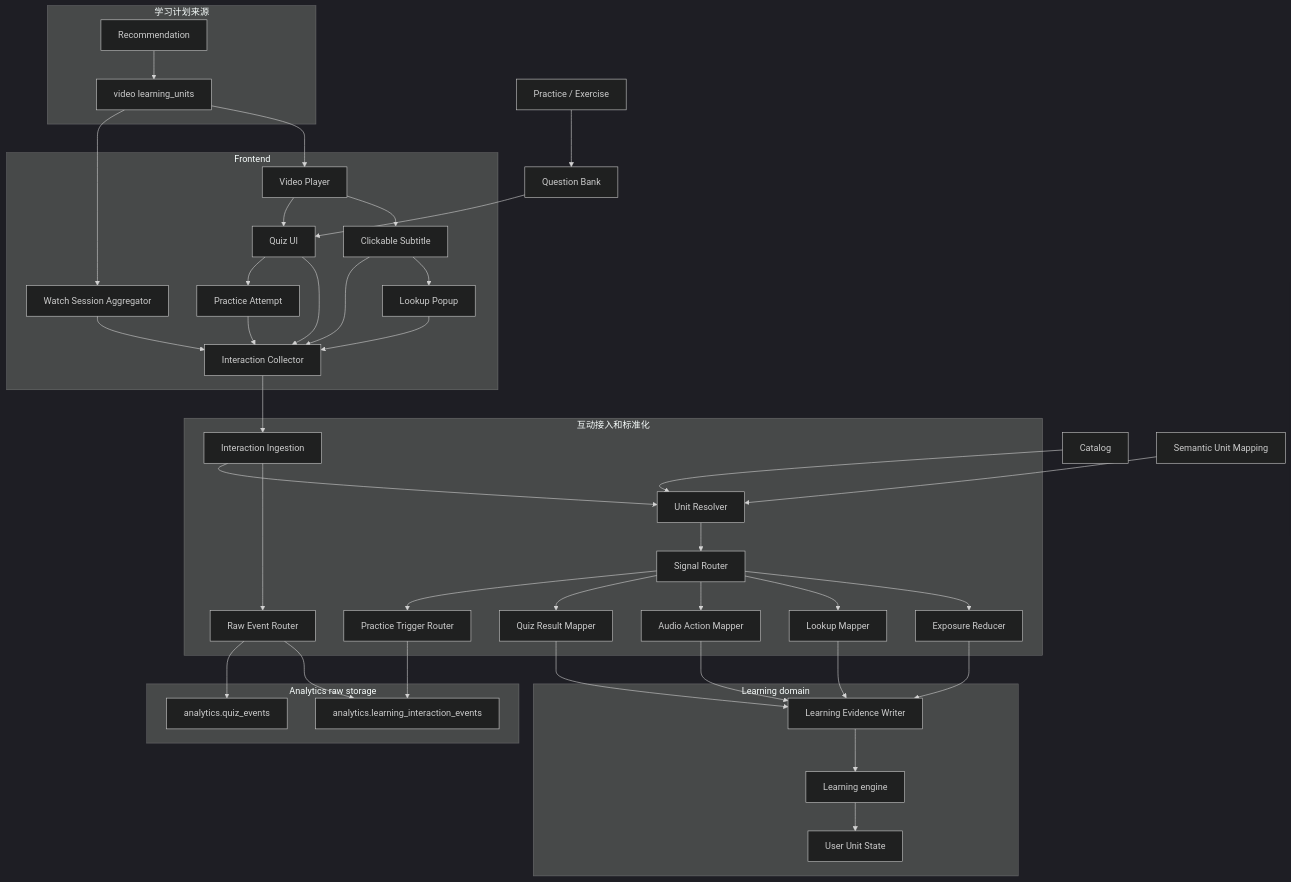
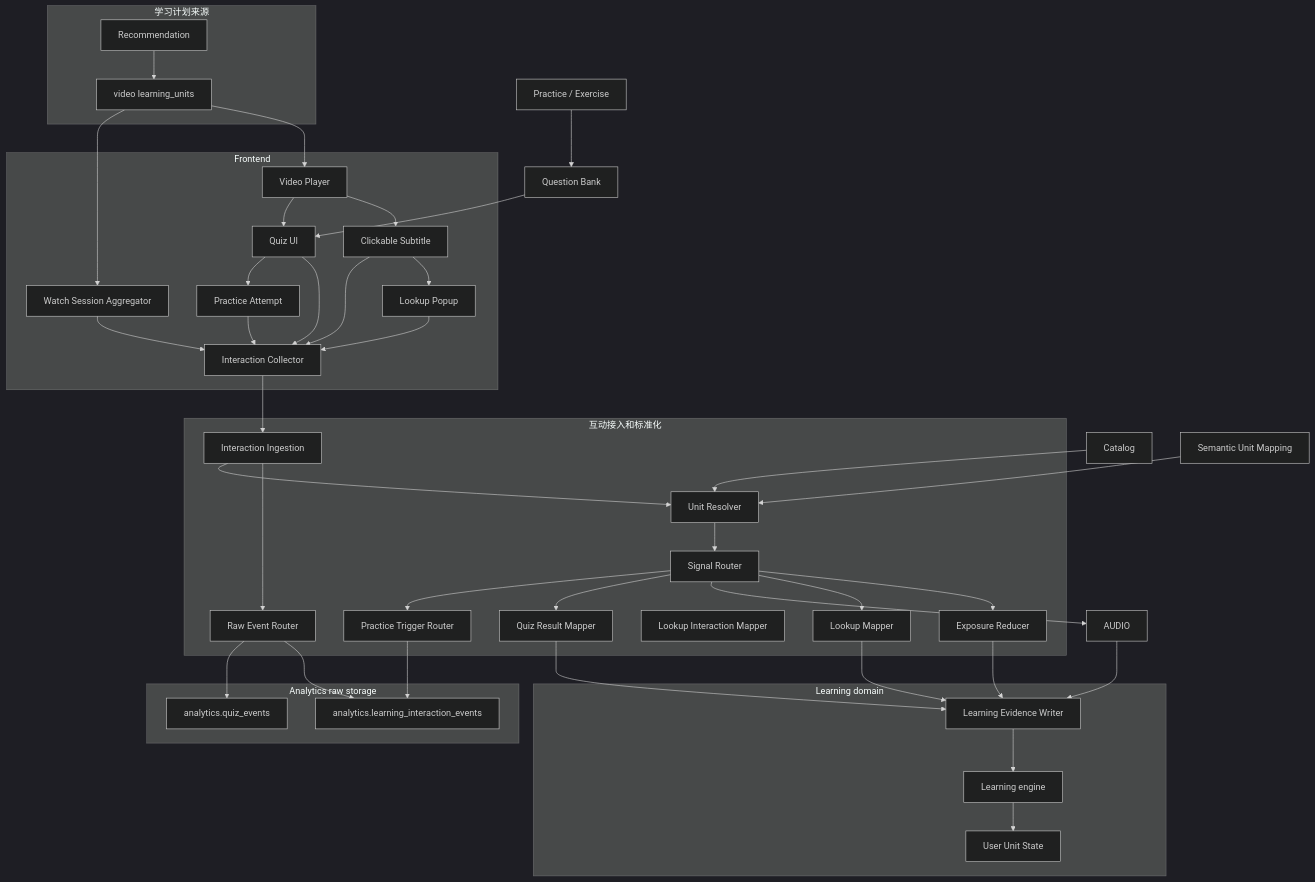
One commit to bionicotaku/learning-video-recommendation-system changed the third of 9 diagrams in docs/学习互动信号架构图.md. Above: the diagram before and after it, drawn with Mermaid (dark theme). The commit also changed other lines of this file and 12 other files, not shown here.

```diff
--- a/docs/学习互动信号架构图.md
+++ b/docs/学习互动信号架构图.md
@@ -92,7 +92,7 @@
         ROUTER["Signal Router"]
         EXPOSURE["Exposure Reducer"]
         LOOKUP["Lookup Mapper"]
-        AUDIO["Audio Action Mapper"]
+        LOOKUPDETAIL["Lookup Interaction Mapper"]
         QUIZ["Quiz Result Mapper"]
         PRACTICETRIGGER["Practice Trigger Router"]
     end
```
